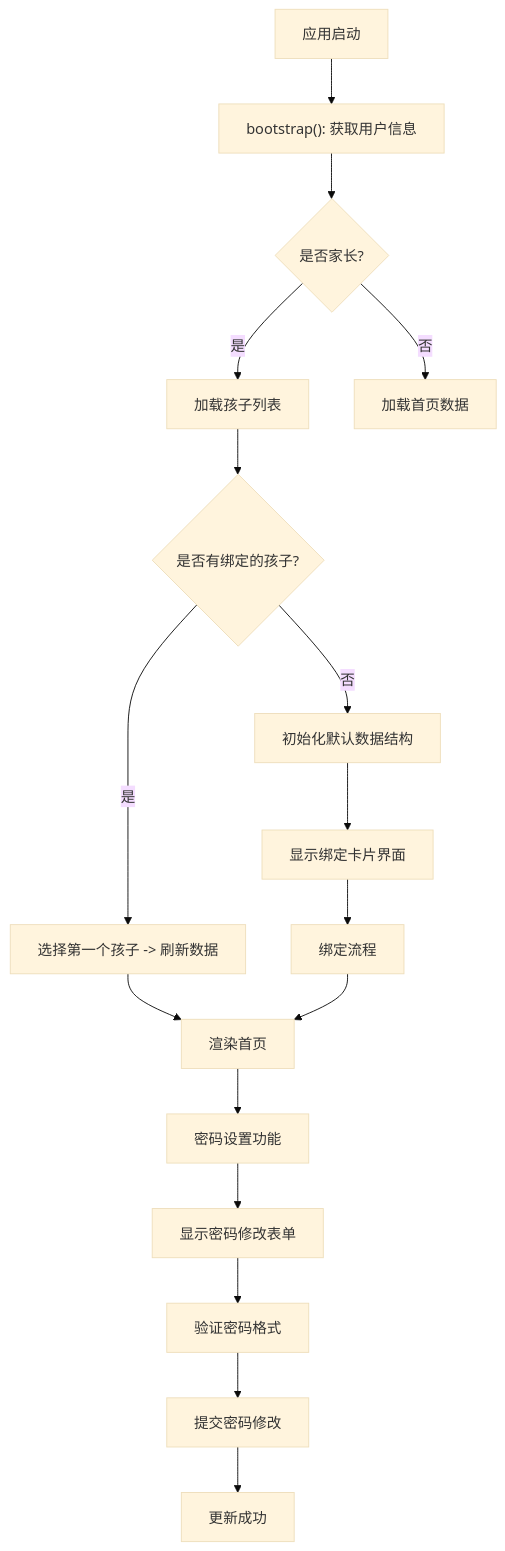
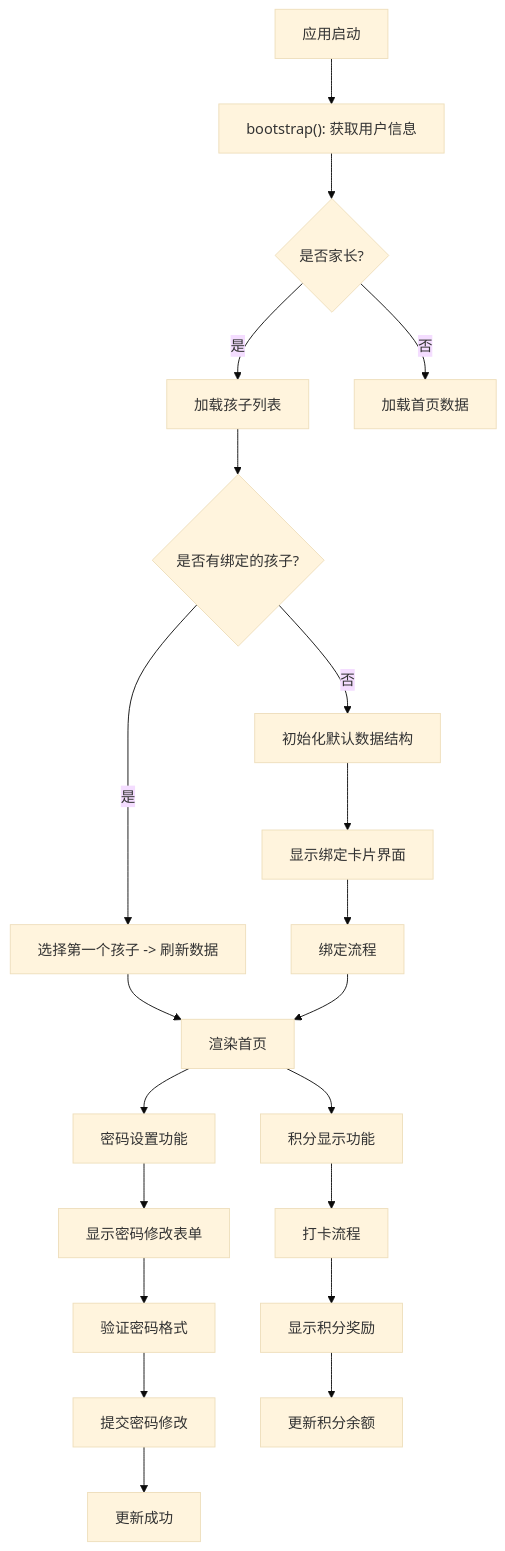
Diagram 14 of 15 in .qoder/repowiki/zh/content/暑假作业打卡系统/前端应用设计/学生端应用.md (onebody/homework), drawn with Mermaid (base theme) before and after one commit. The commit also changed other lines of this file and 16 other files, not shown here.

````diff
--- a/.qoder/repowiki/zh/content/暑假作业打卡系统/前端应用设计/学生端应用.md
+++ b/.qoder/repowiki/zh/content/暑假作业打卡系统/前端应用设计/学生端应用.md
@@ -603,19 +655,23 @@
 ```mermaid
 flowchart TD
 Init["应用启动"] --> Boot["bootstrap(): 获取用户信息"]
 Boot --> Role{"是否家长?"}
 Role -- 是 --> LoadChildren["加载孩子列表"]
 Role -- 否 --> LoadHome["加载首页数据"]
 LoadChildren --> HasChildren{"是否有绑定的孩子?"}
 HasChildren -- 是 --> SelectChild["选择第一个孩子 -> 刷新数据"]
 HasChildren -- 否 --> InitData["初始化默认数据结构"]
 InitData --> ShowBindCard["显示绑定卡片界面"]
 SelectChild --> View["渲染首页"]
 ShowBindCard --> BindProcess["绑定流程"]
 BindProcess --> View
 View --> PasswordFeature["密码设置功能"]
 PasswordFeature --> ShowPwdForm["显示密码修改表单"]
 ShowPwdForm --> ValidatePassword["验证密码格式"]
 ValidatePassword --> SubmitPassword["提交密码修改"]
 SubmitPassword --> UpdateSuccess["更新成功"]
+View --> PointsDisplay["积分显示功能"]
+PointsDisplay --> CheckinFlow["打卡流程"]
+CheckinFlow --> ShowPoints["显示积分奖励"]
+ShowPoints --> UpdateBalance["更新积分余额"]
 ```
````
